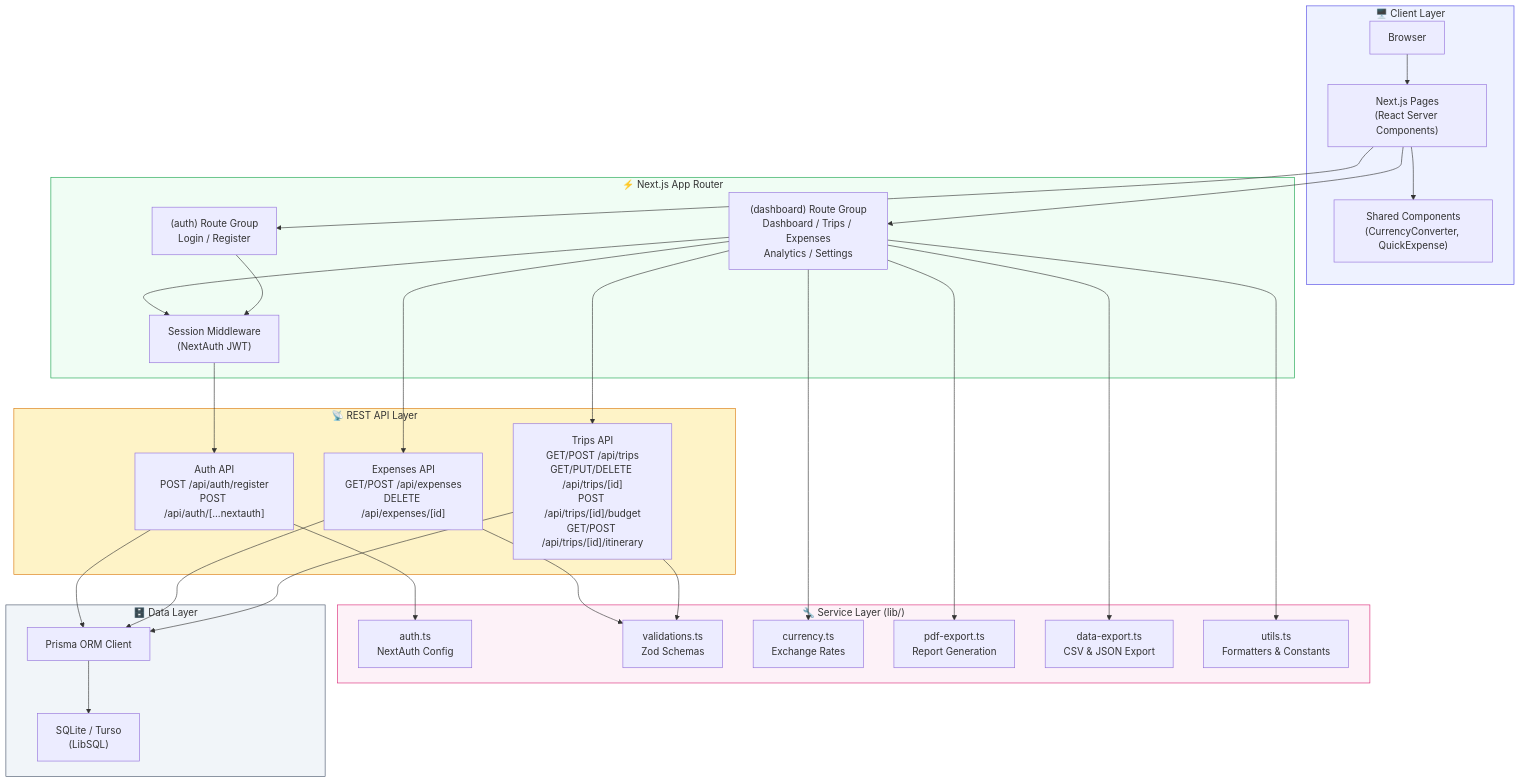
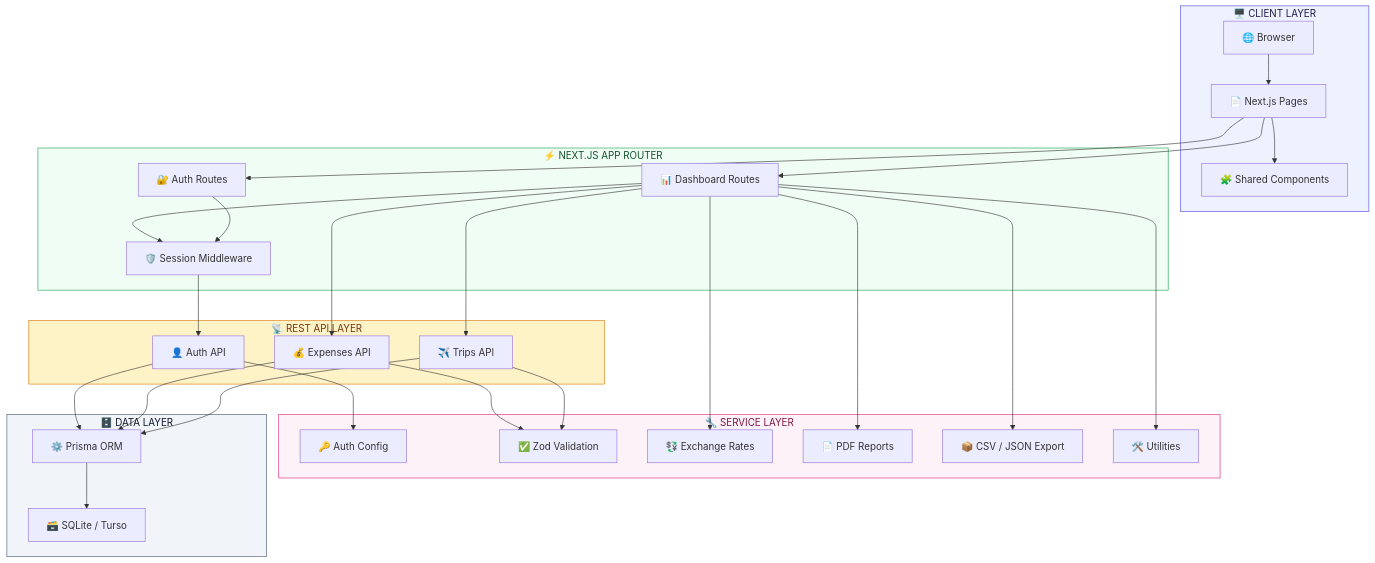
One commit to rajdivyansh965/TravelTrack changed the first of 3 diagrams in README.md. Above: the diagram before and after it, drawn with Mermaid. The commit also changed other lines of this file, not shown here.

````diff
--- a/README.md
+++ b/README.md
@@ -61,61 +64,61 @@
 ```mermaid
 graph TB
-    subgraph Client["🖥️ Client Layer"]
-        Browser["Browser"]
-        Pages["Next.js Pages<br/>(React Server Components)"]
-        Components["Shared Components<br/>(CurrencyConverter, QuickExpense)"]
+    subgraph Client["🖥️ CLIENT LAYER"]
+        Browser["🌐 Browser"]
+        Pages["📄 Next.js Pages"]
+        Components["🧩 Shared Components"]
     end
 
-    subgraph AppRouter["⚡ Next.js App Router"]
-        AuthGroup["(auth) Route Group<br/>Login / Register"]
-        DashGroup["(dashboard) Route Group<br/>Dashboard / Trips / Expenses<br/>Analytics / Settings"]
-        Middleware["Session Middleware<br/>(NextAuth JWT)"]
+    subgraph AppRouter["⚡ NEXT.JS APP ROUTER"]
+        AuthGroup["🔐 Auth Routes"]
+        DashGroup["📊 Dashboard Routes"]
+        Middleware["🛡️ Session Middleware"]
     end
 
-    subgraph API["📡 REST API Layer"]
-        AuthAPI["Auth API<br/>POST /api/auth/register<br/>POST /api/auth/[...nextauth]"]
-        TripsAPI["Trips API<br/>GET/POST /api/trips<br/>GET/PUT/DELETE /api/trips/[id]<br/>POST /api/trips/[id]/budget<br/>GET/POST /api/trips/[id]/itinerary"]
-        ExpensesAPI["Expenses API<br/>GET/POST /api/expenses<br/>DELETE /api/expenses/[id]"]
+    subgraph API["📡 REST API LAYER"]
+        AuthAPI["👤 Auth API"]
+        TripsAPI["✈️ Trips API"]
+        ExpensesAPI["💰 Expenses API"]
     end
 
-    subgraph Services["🔧 Service Layer (lib/)"]
-        AuthLib["auth.ts<br/>NextAuth Config"]
-        Validation["validations.ts<br/>Zod Schemas"]
-        Currency["currency.ts<br/>Exchange Rates"]
-        PDFExport["pdf-export.ts<br/>Report Generation"]
-        DataExport["data-export.ts<br/>CSV & JSON Export"]
-        Utils["utils.ts<br/>Formatters & Constants"]
+    subgraph Services["🔧 SERVICE LAYER"]
+        AuthLib["🔑 Auth Config"]
+        Validation["✅ Zod Validation"]
+        Currency["💱 Exchange Rates"]
+        PDFExport["📄 PDF Reports"]
+        DataExport["📦 CSV / JSON Export"]
+        Utils["🛠️ Utilities"]
     end
 
-    subgraph Data["🗄️ Data Layer"]
-        PrismaClient["Prisma ORM Client"]
-        SQLite["SQLite / Turso<br/>(LibSQL)"]
+    subgraph Data["🗄️ DATA LAYER"]
+        PrismaClient["⚙️ Prisma ORM"]
+        SQLite["🗃️ SQLite / Turso"]
     end
 
     Browser --> Pages
     Pages --> Components
     Pages --> AuthGroup
     Pages --> DashGroup
     AuthGroup --> Middleware
     DashGroup --> Middleware
     Middleware --> AuthAPI
     DashGroup --> TripsAPI
     DashGroup --> ExpensesAPI
     AuthAPI --> AuthLib
     TripsAPI --> Validation
     ExpensesAPI --> Validation
     TripsAPI --> PrismaClient
     ExpensesAPI --> PrismaClient
     AuthAPI --> PrismaClient
     DashGroup --> Currency
     DashGroup --> PDFExport
     DashGroup --> DataExport
     DashGroup --> Utils
     PrismaClient --> SQLite
 
-    style Client fill:#eef2ff,stroke:#4f46e5
-    style AppRouter fill:#f0fdf4,stroke:#16a34a
-    style API fill:#fef3c7,stroke:#d97706
-    style Services fill:#fdf2f8,stroke:#db2777
-    style Data fill:#f1f5f9,stroke:#475569
+    style Client fill:#eef2ff,stroke:#4f46e5,color:#1e1b4b
+    style AppRouter fill:#f0fdf4,stroke:#16a34a,color:#14532d
+    style API fill:#fef3c7,stroke:#d97706,color:#78350f
+    style Services fill:#fdf2f8,stroke:#db2777,color:#831843
+    style Data fill:#f1f5f9,stroke:#475569,color:#0f172a
 ```
````
